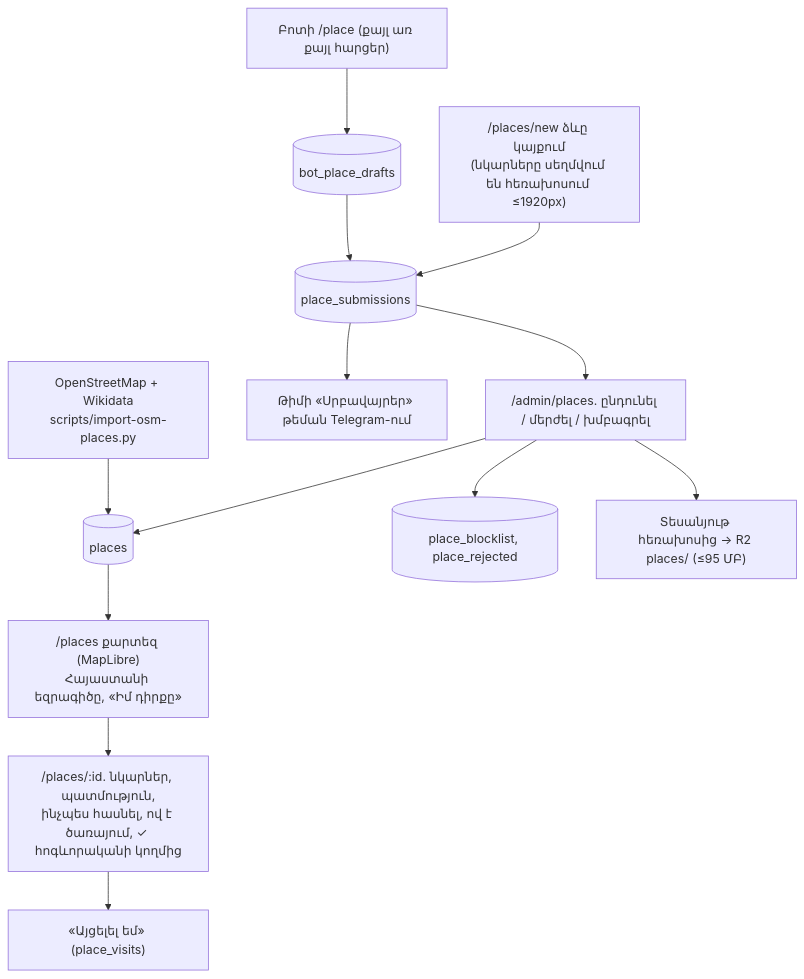
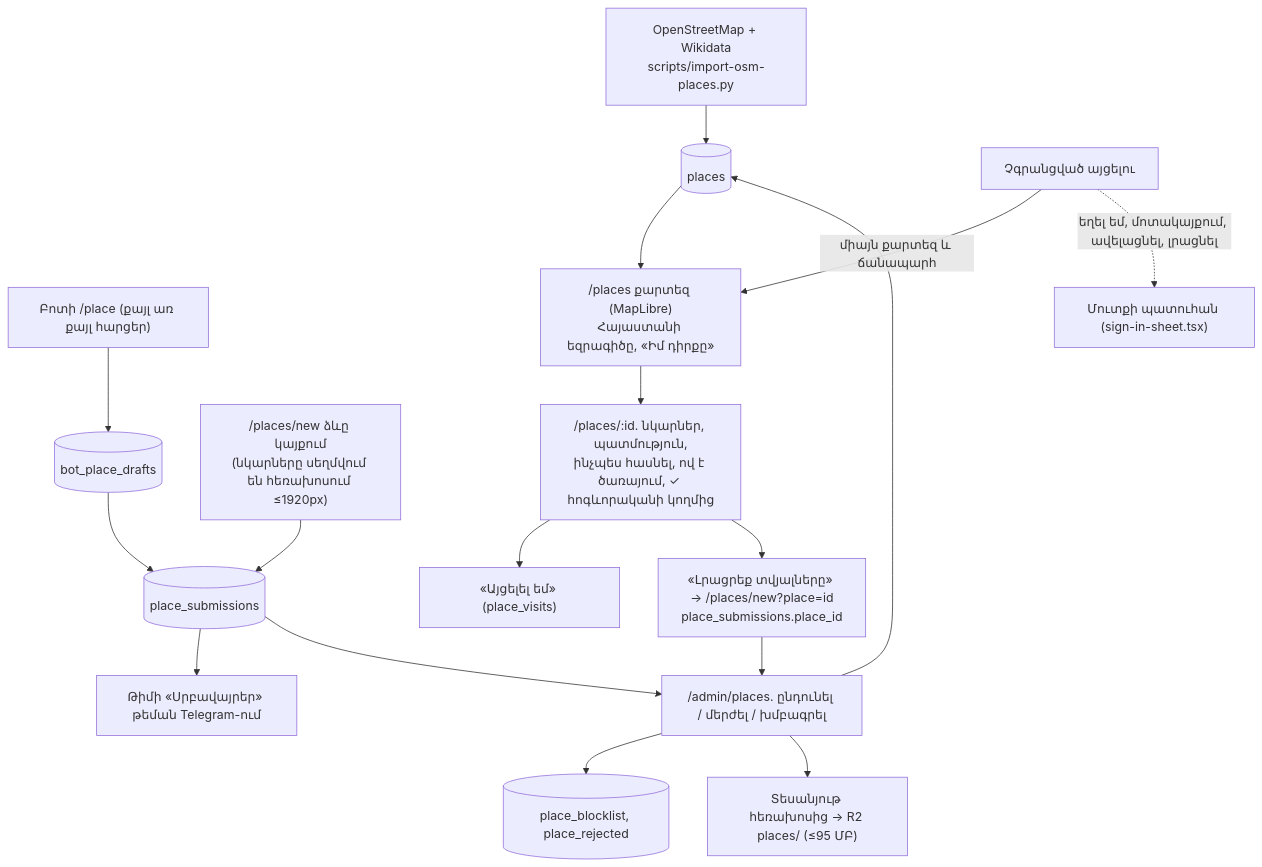
One commit to T0n0yan/armenian-apostolic-digital-library changed diagram 11 of 22 in docs/ARCHITECTURE.md. Above: the diagram before and after it, drawn with Mermaid. The commit also changed 12 other files, not shown here.

First line of the commit message:
Սրբավայրեր. տեղորոշման բացատրություն, մուտքի պատուհան, քարտեզում եղած տեղի լրացում. հիշեցում՝ լռելյայն ծանուցում

````diff
--- a/docs/ARCHITECTURE.md
+++ b/docs/ARCHITECTURE.md
@@ -316,14 +316,18 @@
 ```mermaid
 flowchart TD
   OSM["OpenStreetMap + Wikidata<br/>scripts/import-osm-places.py"] --> PL[("places")]
   BOTP["Բոտի /place (քայլ առ քայլ հարցեր)"] --> DR[("bot_place_drafts")] --> SUB[("place_submissions")]
   WEB["/places/new ձևը կայքում<br/>(նկարները սեղմվում են հեռախոսում ≤1920px)"] --> SUB
   SUB --> TEAM["Թիմի «Սրբավայրեր» թեման Telegram-ում"]
   SUB --> ADM["/admin/places. ընդունել / մերժել / խմբագրել"]
   ADM --> PL
   ADM --> BL[("place_blocklist, place_rejected")]
   ADM --> VID["Տեսանյութ հեռախոսից → R2 places/ (≤95 ՄԲ)"]
   PL --> MAP["/places քարտեզ (MapLibre)<br/>Հայաստանի եզրագիծը, «Իմ դիրքը»"]
   MAP --> ONE["/places/:id. նկարներ, պատմություն,<br/>ինչպես հասնել, ով է ծառայում, ✓ հոգևորականի կողմից"]
   ONE --> VIS["«Այցելել եմ» (place_visits)"]
+  ONE --> FILL["«Լրացրեք տվյալները» → /places/new?place=id<br/>place_submissions.place_id"]
+  FILL --> ADM
+  GUEST["Չգրանցված այցելու"] -->|"միայն քարտեզ և ճանապարհ"| MAP
+  GUEST -.->|"եղել եմ, մոտակայքում, ավելացնել, լրացնել"| SIGN["Մուտքի պատուհան (sign-in-sheet.tsx)"]
 ```
````
